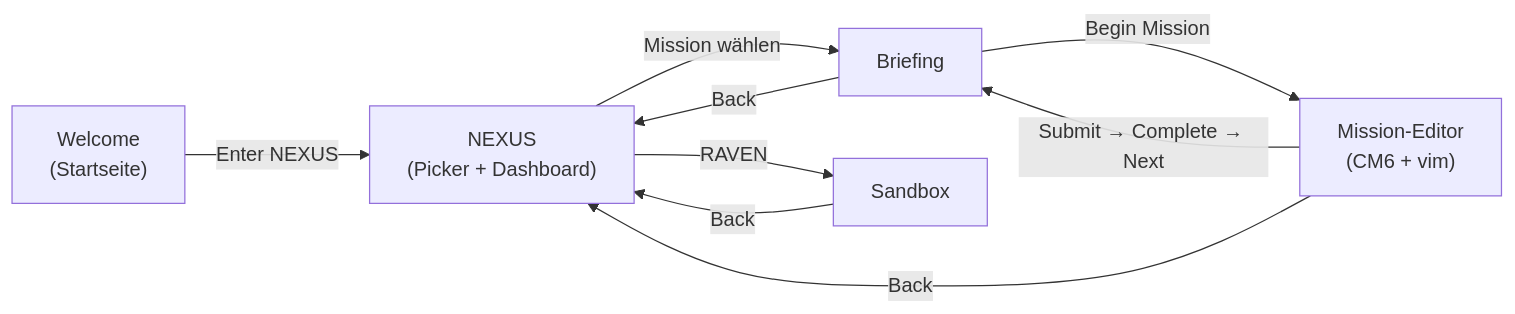
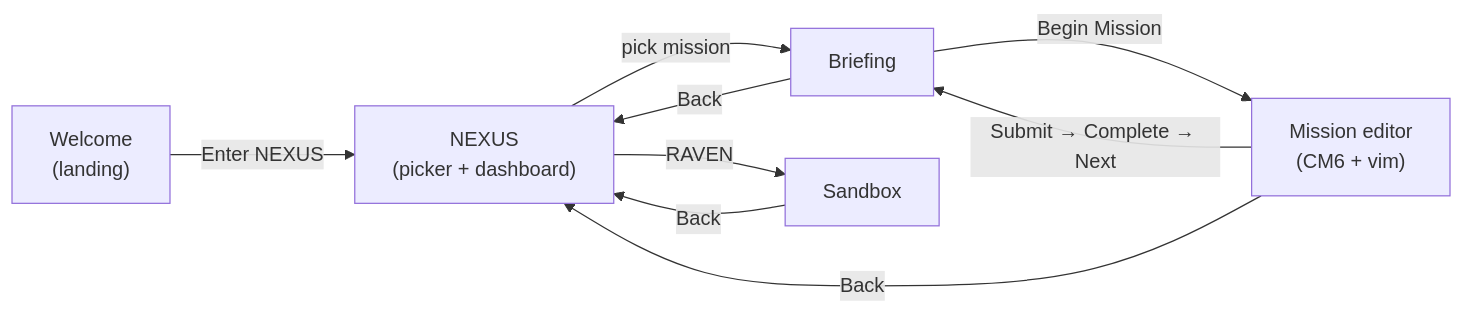
Before and after one commit to johannes-kaindl/neurovim: the diagram in README.md, drawn with Mermaid. The commit also changed other lines of this file and 56 other files, not shown here.

````diff
--- a/README.md
+++ b/README.md
@@ -69,11 +73,11 @@
 ```mermaid
 flowchart LR
-  welcome["Welcome<br/>(Startseite)"] -->|Enter NEXUS| nexus["NEXUS<br/>(Picker + Dashboard)"]
-  nexus -->|Mission wählen| briefing["Briefing"]
+  welcome["Welcome<br/>(landing)"] -->|Enter NEXUS| nexus["NEXUS<br/>(picker + dashboard)"]
+  nexus -->|pick mission| briefing["Briefing"]
   nexus -->|RAVEN| sandbox["Sandbox"]
-  briefing -->|Begin Mission| editor["Mission-Editor<br/>(CM6 + vim)"]
+  briefing -->|Begin Mission| editor["Mission editor<br/>(CM6 + vim)"]
   briefing -->|Back| nexus
   editor -->|"Submit → Complete → Next"| briefing
   editor -->|Back| nexus
   sandbox -->|Back| nexus
 ```
````
